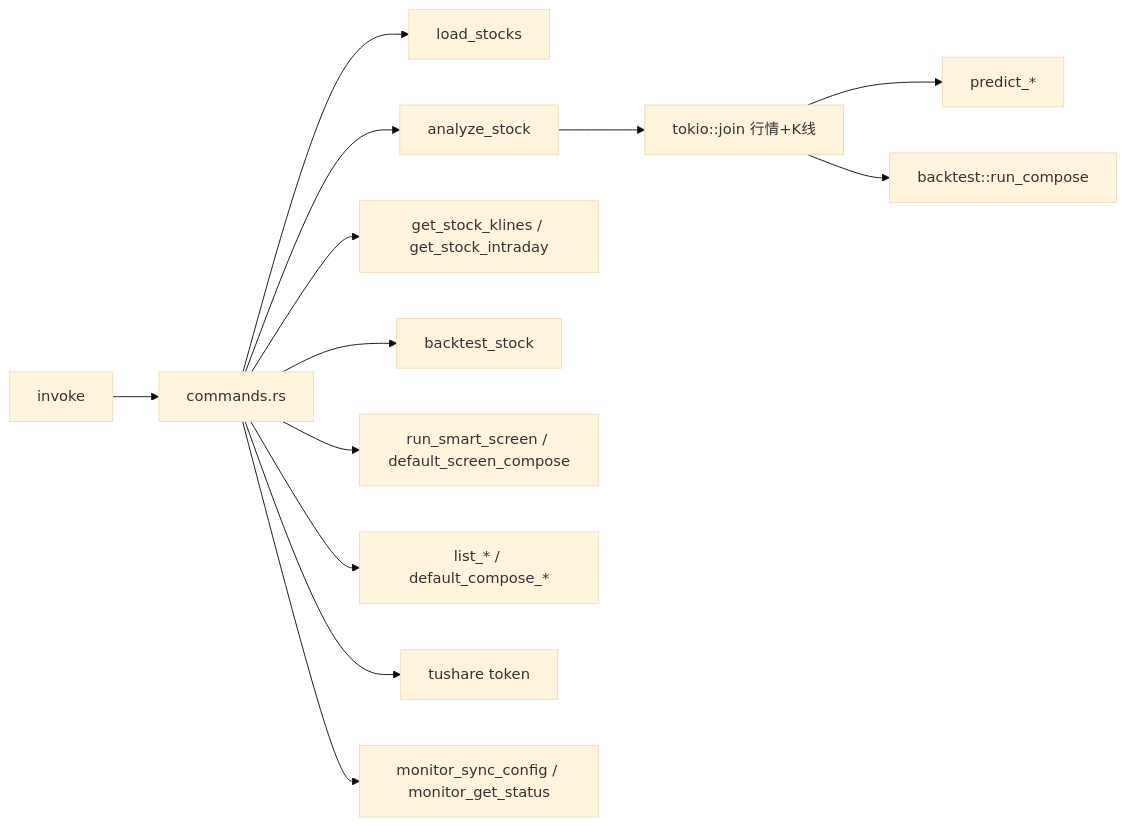
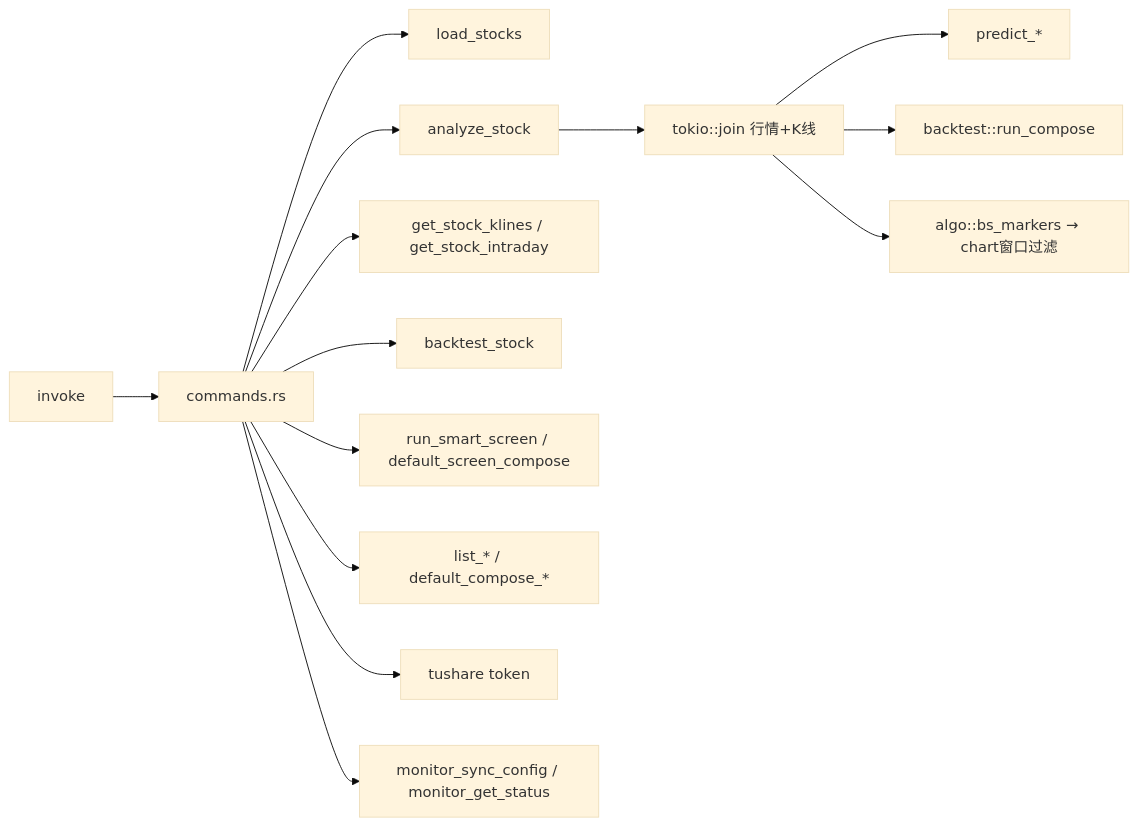
The ninth of 19 diagrams in docs/软件设计说明.md (wuyanwen1997-wyw/stock-predict), drawn with Mermaid (base theme) before and after one commit. The commit also changed other lines of this file and 10 other files, not shown here.

````diff
--- a/docs/软件设计说明.md
+++ b/docs/软件设计说明.md
@@ -408,15 +414,16 @@
 ```mermaid
 flowchart LR
     INV[invoke] --> CMD[commands.rs]
     CMD --> LS[load_stocks]
     CMD --> AN[analyze_stock]
     CMD --> KL[get_stock_klines / get_stock_intraday]
     CMD --> BT[backtest_stock]
     CMD --> SCR[run_smart_screen / default_screen_compose]
     CMD --> META[list_* / default_compose_*]
     CMD --> TOK[tushare token]
     CMD --> MON[monitor_sync_config / monitor_get_status]
     AN --> JOIN[tokio::join 行情+K线]
     JOIN --> PRED[predict_*]
     JOIN --> RUNBT[backtest::run_compose]
+    JOIN --> BS[algo::bs_markers → chart窗口过滤]
 ```
````
